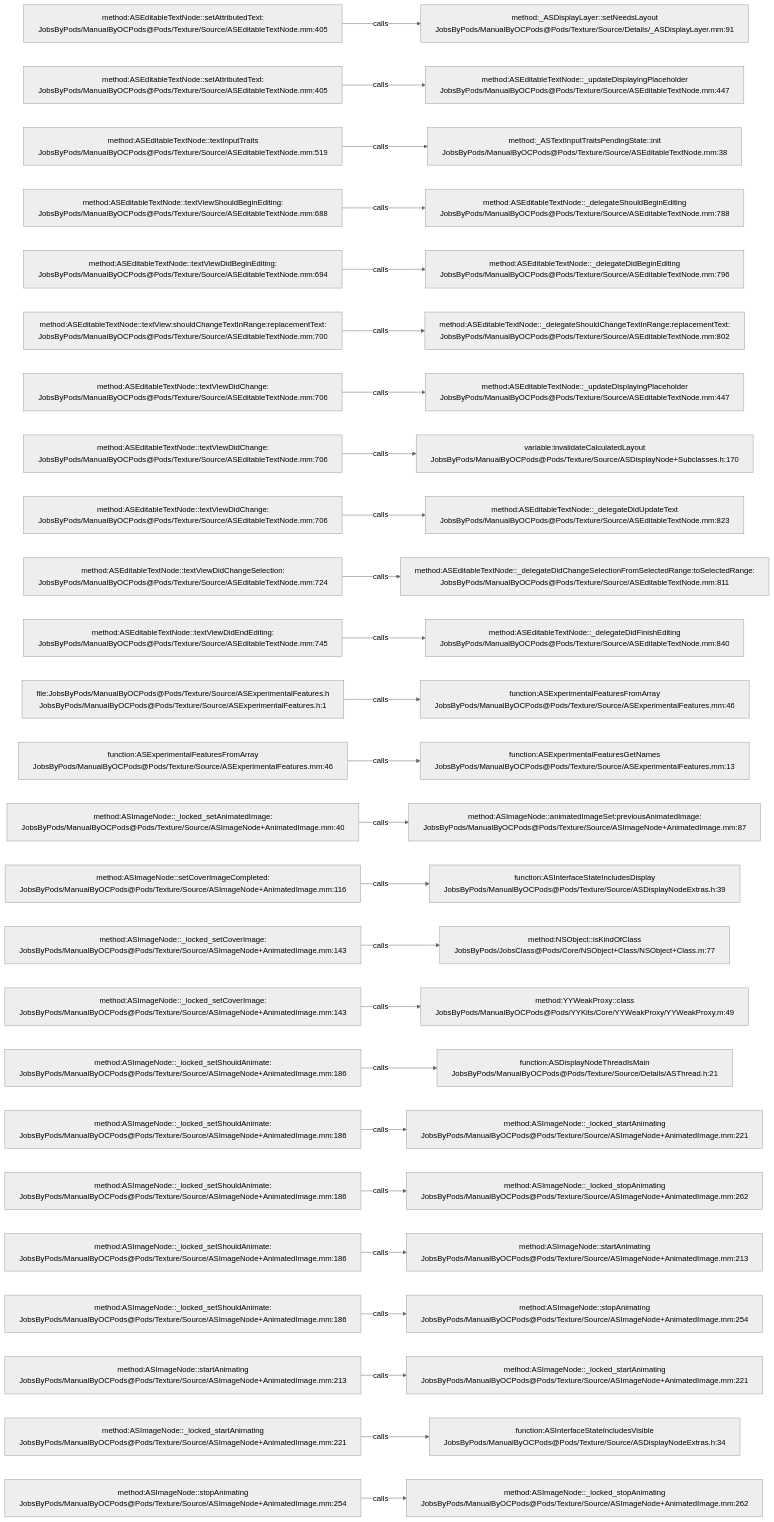
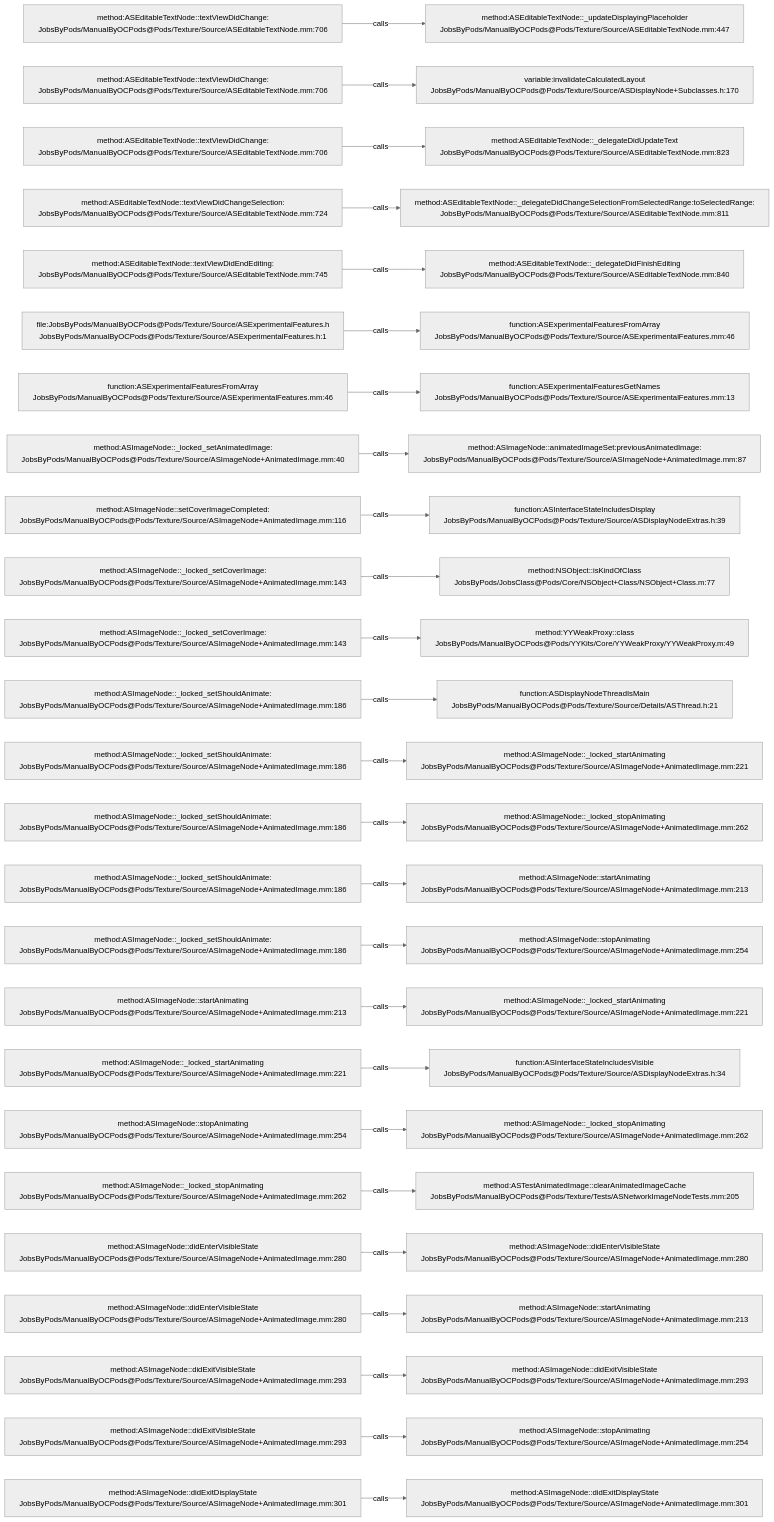
The diagram in .codegraph/codegraph.md/graphs/calls-100.md (JobsKits/JobsOCBaseConfigDemo), drawn with Mermaid (neutral theme) before and after one commit. The commit also changed 666 other files, not shown here.

````diff
--- a/.codegraph/codegraph.md/graphs/calls-100.md
+++ b/.codegraph/codegraph.md/graphs/calls-100.md
@@ -13,78 +13,78 @@
 ```mermaid
 flowchart LR
-  S1["method:ASEditableTextNode::setAttributedText:<br/>JobsByPods/ManualByOCPods@Pods/Texture/Source/ASEditableTextNode.mm:405"]
-  T1["method:_ASDisplayLayer::setNeedsLayout<br/>JobsByPods/ManualByOCPods@Pods/Texture/Source/Details/_ASDisplayLayer.mm:91"]
+  S1["method:ASEditableTextNode::textViewDidChange:<br/>JobsByPods/ManualByOCPods@Pods/Texture/Source/ASEditableTextNode.mm:706"]
+  T1["method:ASEditableTextNode::_updateDisplayingPlaceholder<br/>JobsByPods/ManualByOCPods@Pods/Texture/Source/ASEditableTextNode.mm:447"]
   S1 -->|calls| T1
-  S2["method:ASEditableTextNode::setAttributedText:<br/>JobsByPods/ManualByOCPods@Pods/Texture/Source/ASEditableTextNode.mm:405"]
-  T2["method:ASEditableTextNode::_updateDisplayingPlaceholder<br/>JobsByPods/ManualByOCPods@Pods/Texture/Source/ASEditableTextNode.mm:447"]
+  S2["method:ASEditableTextNode::textViewDidChange:<br/>JobsByPods/ManualByOCPods@Pods/Texture/Source/ASEditableTextNode.mm:706"]
+  T2["variable:invalidateCalculatedLayout<br/>JobsByPods/ManualByOCPods@Pods/Texture/Source/ASDisplayNode+Subclasses.h:170"]
   S2 -->|calls| T2
-  S3["method:ASEditableTextNode::textInputTraits<br/>JobsByPods/ManualByOCPods@Pods/Texture/Source/ASEditableTextNode.mm:519"]
-  T3["method:_ASTextInputTraitsPendingState::init<br/>JobsByPods/ManualByOCPods@Pods/Texture/Source/ASEditableTextNode.mm:38"]
+  S3["method:ASEditableTextNode::textViewDidChange:<br/>JobsByPods/ManualByOCPods@Pods/Texture/Source/ASEditableTextNode.mm:706"]
+  T3["method:ASEditableTextNode::_delegateDidUpdateText<br/>JobsByPods/ManualByOCPods@Pods/Texture/Source/ASEditableTextNode.mm:823"]
   S3 -->|calls| T3
-  S4["method:ASEditableTextNode::textViewShouldBeginEditing:<br/>JobsByPods/ManualByOCPods@Pods/Texture/Source/ASEditableTextNode.mm:688"]
-  T4["method:ASEditableTextNode::_delegateShouldBeginEditing<br/>JobsByPods/ManualByOCPods@Pods/Texture/Source/ASEditableTextNode.mm:788"]
+  S4["method:ASEditableTextNode::textViewDidChangeSelection:<br/>JobsByPods/ManualByOCPods@Pods/Texture/Source/ASEditableTextNode.mm:724"]
+  T4["method:ASEditableTextNode::_delegateDidChangeSelectionFromSelectedRange:toSelectedRange:<br/>JobsByPods/ManualByOCPods@Pods/Texture/Source/ASEditableTextNode.mm:811"]
   S4 -->|calls| T4
-  S5["method:ASEditableTextNode::textViewDidBeginEditing:<br/>JobsByPods/ManualByOCPods@Pods/Texture/Source/ASEditableTextNode.mm:694"]
-  T5["method:ASEditableTextNode::_delegateDidBeginEditing<br/>JobsByPods/ManualByOCPods@Pods/Texture/Source/ASEditableTextNode.mm:796"]
+  S5["method:ASEditableTextNode::textViewDidEndEditing:<br/>JobsByPods/ManualByOCPods@Pods/Texture/Source/ASEditableTextNode.mm:745"]
+  T5["method:ASEditableTextNode::_delegateDidFinishEditing<br/>JobsByPods/ManualByOCPods@Pods/Texture/Source/ASEditableTextNode.mm:840"]
   S5 -->|calls| T5
-  S6["method:ASEditableTextNode::textView:shouldChangeTextInRange:replacementText:<br/>JobsByPods/ManualByOCPods@Pods/Texture/Source/ASEditableTextNode.mm:700"]
-  T6["method:ASEditableTextNode::_delegateShouldChangeTextInRange:replacementText:<br/>JobsByPods/ManualByOCPods@Pods/Texture/Source/ASEditableTextNode.mm:802"]
+  S6["file:JobsByPods/ManualByOCPods@Pods/Texture/Source/ASExperimentalFeatures.h<br/>JobsByPods/ManualByOCPods@Pods/Texture/Source/ASExperimentalFeatures.h:1"]
+  T6["function:ASExperimentalFeaturesFromArray<br/>JobsByPods/ManualByOCPods@Pods/Texture/Source/ASExperimentalFeatures.mm:46"]
   S6 -->|calls| T6
-  S7["method:ASEditableTextNode::textViewDidChange:<br/>JobsByPods/ManualByOCPods@Pods/Texture/Source/ASEditableTextNode.mm:706"]
-  T7["method:ASEditableTextNode::_updateDisplayingPlaceholder<br/>JobsByPods/ManualByOCPods@Pods/Texture/Source/ASEditableTextNode.mm:447"]
+  S7["function:ASExperimentalFeaturesFromArray<br/>JobsByPods/ManualByOCPods@Pods/Texture/Source/ASExperimentalFeatures.mm:46"]
+  T7["function:ASExperimentalFeaturesGetNames<br/>JobsByPods/ManualByOCPods@Pods/Texture/Source/ASExperimentalFeatures.mm:13"]
   S7 -->|calls| T7
-  S8["method:ASEditableTextNode::textViewDidChange:<br/>JobsByPods/ManualByOCPods@Pods/Texture/Source/ASEditableTextNode.mm:706"]
-  T8["variable:invalidateCalculatedLayout<br/>JobsByPods/ManualByOCPods@Pods/Texture/Source/ASDisplayNode+Subclasses.h:170"]
+  S8["method:ASImageNode::_locked_setAnimatedImage:<br/>JobsByPods/ManualByOCPods@Pods/Texture/Source/ASImageNode+AnimatedImage.mm:40"]
+  T8["method:ASImageNode::animatedImageSet:previousAnimatedImage:<br/>JobsByPods/ManualByOCPods@Pods/Texture/Source/ASImageNode+AnimatedImage.mm:87"]
   S8 -->|calls| T8
-  S9["method:ASEditableTextNode::textViewDidChange:<br/>JobsByPods/ManualByOCPods@Pods/Texture/Source/ASEditableTextNode.mm:706"]
-  T9["method:ASEditableTextNode::_delegateDidUpdateText<br/>JobsByPods/ManualByOCPods@Pods/Texture/Source/ASEditableTextNode.mm:823"]
+  S9["method:ASImageNode::setCoverImageCompleted:<br/>JobsByPods/ManualByOCPods@Pods/Texture/Source/ASImageNode+AnimatedImage.mm:116"]
+  T9["function:ASInterfaceStateIncludesDisplay<br/>JobsByPods/ManualByOCPods@Pods/Texture/Source/ASDisplayNodeExtras.h:39"]
   S9 -->|calls| T9
-  S10["method:ASEditableTextNode::textViewDidChangeSelection:<br/>JobsByPods/ManualByOCPods@Pods/Texture/Source/ASEditableTextNode.mm:724"]
-  T10["method:ASEditableTextNode::_delegateDidChangeSelectionFromSelectedRange:toSelectedRange:<br/>JobsByPods/ManualByOCPods@Pods/Texture/Source/ASEditableTextNode.mm:811"]
+  S10["method:ASImageNode::_locked_setCoverImage:<br/>JobsByPods/ManualByOCPods@Pods/Texture/Source/ASImageNode+AnimatedImage.mm:143"]
+  T10["method:NSObject::isKindOfClass<br/>JobsByPods/JobsClass@Pods/Core/NSObject+Class/NSObject+Class.m:77"]
   S10 -->|calls| T10
-  S11["method:ASEditableTextNode::textViewDidEndEditing:<br/>JobsByPods/ManualByOCPods@Pods/Texture/Source/ASEditableTextNode.mm:745"]
-  T11["method:ASEditableTextNode::_delegateDidFinishEditing<br/>JobsByPods/ManualByOCPods@Pods/Texture/Source/ASEditableTextNode.mm:840"]
+  S11["method:ASImageNode::_locked_setCoverImage:<br/>JobsByPods/ManualByOCPods@Pods/Texture/Source/ASImageNode+AnimatedImage.mm:143"]
+  T11["method:YYWeakProxy::class<br/>JobsByPods/ManualByOCPods@Pods/YYKits/Core/YYWeakProxy/YYWeakProxy.m:49"]
   S11 -->|calls| T11
-  S12["file:JobsByPods/ManualByOCPods@Pods/Texture/Source/ASExperimentalFeatures.h<br/>JobsByPods/ManualByOCPods@Pods/Texture/Source/ASExperimentalFeatures.h:1"]
-  T12["function:ASExperimentalFeaturesFromArray<br/>JobsByPods/ManualByOCPods@Pods/Texture/Source/ASExperimentalFeatures.mm:46"]
+  S12["method:ASImageNode::_locked_setShouldAnimate:<br/>JobsByPods/ManualByOCPods@Pods/Texture/Source/ASImageNode+AnimatedImage.mm:186"]
+  T12["function:ASDisplayNodeThreadIsMain<br/>JobsByPods/ManualByOCPods@Pods/Texture/Source/Details/ASThread.h:21"]
   S12 -->|calls| T12
-  S13["function:ASExperimentalFeaturesFromArray<br/>JobsByPods/ManualByOCPods@Pods/Texture/Source/ASExperimentalFeatures.mm:46"]
-  T13["function:ASExperimentalFeaturesGetNames<br/>JobsByPods/ManualByOCPods@Pods/Texture/Source/ASExperimentalFeatures.mm:13"]
+  S13["method:ASImageNode::_locked_setShouldAnimate:<br/>JobsByPods/ManualByOCPods@Pods/Texture/Source/ASImageNode+AnimatedImage.mm:186"]
+  T13["method:ASImageNode::_locked_startAnimating<br/>JobsByPods/ManualByOCPods@Pods/Texture/Source/ASImageNode+AnimatedImage.mm:221"]
   S13 -->|calls| T13
-  S14["method:ASImageNode::_locked_setAnimatedImage:<br/>JobsByPods/ManualByOCPods@Pods/Texture/Source/ASImageNode+AnimatedImage.mm:40"]
-  T14["method:ASImageNode::animatedImageSet:previousAnimatedImage:<br/>JobsByPods/ManualByOCPods@Pods/Texture/Source/ASImageNode+AnimatedImage.mm:87"]
+  S14["method:ASImageNode::_locked_setShouldAnimate:<br/>JobsByPods/ManualByOCPods@Pods/Texture/Source/ASImageNode+AnimatedImage.mm:186"]
+  T14["method:ASImageNode::_locked_stopAnimating<br/>JobsByPods/ManualByOCPods@Pods/Texture/Source/ASImageNode+AnimatedImage.mm:262"]
   S14 -->|calls| T14
-  S15["method:ASImageNode::setCoverImageCompleted:<br/>JobsByPods/ManualByOCPods@Pods/Texture/Source/ASImageNode+AnimatedImage.mm:116"]
-  T15["function:ASInterfaceStateIncludesDisplay<br/>JobsByPods/ManualByOCPods@Pods/Texture/Source/ASDisplayNodeExtras.h:39"]
+  S15["method:ASImageNode::_locked_setShouldAnimate:<br/>JobsByPods/ManualByOCPods@Pods/Texture/Source/ASImageNode+AnimatedImage.mm:186"]
+  T15["method:ASImageNode::startAnimating<br/>JobsByPods/ManualByOCPods@Pods/Texture/Source/ASImageNode+AnimatedImage.mm:213"]
   S15 -->|calls| T15
-  S16["method:ASImageNode::_locked_setCoverImage:<br/>JobsByPods/ManualByOCPods@Pods/Texture/Source/ASImageNode+AnimatedImage.mm:143"]
-  T16["method:NSObject::isKindOfClass<br/>JobsByPods/JobsClass@Pods/Core/NSObject+Class/NSObject+Class.m:77"]
+  S16["method:ASImageNode::_locked_setShouldAnimate:<br/>JobsByPods/ManualByOCPods@Pods/Texture/Source/ASImageNode+AnimatedImage.mm:186"]
+  T16["method:ASImageNode::stopAnimating<br/>JobsByPods/ManualByOCPods@Pods/Texture/Source/ASImageNode+AnimatedImage.mm:254"]
   S16 -->|calls| T16
-  S17["method:ASImageNode::_locked_setCoverImage:<br/>JobsByPods/ManualByOCPods@Pods/Texture/Source/ASImageNode+AnimatedImage.mm:143"]
-  T17["method:YYWeakProxy::class<br/>JobsByPods/ManualByOCPods@Pods/YYKits/Core/YYWeakProxy/YYWeakProxy.m:49"]
+  S17["method:ASImageNode::startAnimating<br/>JobsByPods/ManualByOCPods@Pods/Texture/Source/ASImageNode+AnimatedImage.mm:213"]
+  T17["method:ASImageNode::_locked_startAnimating<br/>JobsByPods/ManualByOCPods@Pods/Texture/Source/ASImageNode+AnimatedImage.mm:221"]
   S17 -->|calls| T17
-  S18["method:ASImageNode::_locked_setShouldAnimate:<br/>JobsByPods/ManualByOCPods@Pods/Texture/Source/ASImageNode+AnimatedImage.mm:186"]
-  T18["function:ASDisplayNodeThreadIsMain<br/>JobsByPods/ManualByOCPods@Pods/Texture/Source/Details/ASThread.h:21"]
+  S18["method:ASImageNode::_locked_startAnimating<br/>JobsByPods/ManualByOCPods@Pods/Texture/Source/ASImageNode+AnimatedImage.mm:221"]
+  T18["function:ASInterfaceStateIncludesVisible<br/>JobsByPods/ManualByOCPods@Pods/Texture/Source/ASDisplayNodeExtras.h:34"]
   S18 -->|calls| T18
-  S19["method:ASImageNode::_locked_setShouldAnimate:<br/>JobsByPods/ManualByOCPods@Pods/Texture/Source/ASImageNode+AnimatedImage.mm:186"]
-  T19["method:ASImageNode::_locked_startAnimating<br/>JobsByPods/ManualByOCPods@Pods/Texture/Source/ASImageNode+AnimatedImage.mm:221"]
+  S19["method:ASImageNode::stopAnimating<br/>JobsByPods/ManualByOCPods@Pods/Texture/Source/ASImageNode+AnimatedImage.mm:254"]
+  T19["method:ASImageNode::_locked_stopAnimating<br/>JobsByPods/ManualByOCPods@Pods/Texture/Source/ASImageNode+AnimatedImage.mm:262"]
   S19 -->|calls| T19
-  S20["method:ASImageNode::_locked_setShouldAnimate:<br/>JobsByPods/ManualByOCPods@Pods/Texture/Source/ASImageNode+AnimatedImage.mm:186"]
-  T20["method:ASImageNode::_locked_stopAnimating<br/>JobsByPods/ManualByOCPods@Pods/Texture/Source/ASImageNode+AnimatedImage.mm:262"]
+  S20["method:ASImageNode::_locked_stopAnimating<br/>JobsByPods/ManualByOCPods@Pods/Texture/Source/ASImageNode+AnimatedImage.mm:262"]
+  T20["method:ASTestAnimatedImage::clearAnimatedImageCache<br/>JobsByPods/ManualByOCPods@Pods/Texture/Tests/ASNetworkImageNodeTests.mm:205"]
   S20 -->|calls| T20
-  S21["method:ASImageNode::_locked_setShouldAnimate:<br/>JobsByPods/ManualByOCPods@Pods/Texture/Source/ASImageNode+AnimatedImage.mm:186"]
-  T21["method:ASImageNode::startAnimating<br/>JobsByPods/ManualByOCPods@Pods/Texture/Source/ASImageNode+AnimatedImage.mm:213"]
+  S21["method:ASImageNode::didEnterVisibleState<br/>JobsByPods/ManualByOCPods@Pods/Texture/Source/ASImageNode+AnimatedImage.mm:280"]
+  T21["method:ASImageNode::didEnterVisibleState<br/>JobsByPods/ManualByOCPods@Pods/Texture/Source/ASImageNode+AnimatedImage.mm:280"]
   S21 -->|calls| T21
-  S22["method:ASImageNode::_locked_setShouldAnimate:<br/>JobsByPods/ManualByOCPods@Pods/Texture/Source/ASImageNode+AnimatedImage.mm:186"]
-  T22["method:ASImageNode::stopAnimating<br/>JobsByPods/ManualByOCPods@Pods/Texture/Source/ASImageNode+AnimatedImage.mm:254"]
+  S22["method:ASImageNode::didEnterVisibleState<br/>JobsByPods/ManualByOCPods@Pods/Texture/Source/ASImageNode+AnimatedImage.mm:280"]
+  T22["method:ASImageNode::startAnimating<br/>JobsByPods/ManualByOCPods@Pods/Texture/Source/ASImageNode+AnimatedImage.mm:213"]
   S22 -->|calls| T22
-  S23["method:ASImageNode::startAnimating<br/>JobsByPods/ManualByOCPods@Pods/Texture/Source/ASImageNode+AnimatedImage.mm:213"]
-  T23["method:ASImageNode::_locked_startAnimating<br/>JobsByPods/ManualByOCPods@Pods/Texture/Source/ASImageNode+AnimatedImage.mm:221"]
+  S23["method:ASImageNode::didExitVisibleState<br/>JobsByPods/ManualByOCPods@Pods/Texture/Source/ASImageNode+AnimatedImage.mm:293"]
+  T23["method:ASImageNode::didExitVisibleState<br/>JobsByPods/ManualByOCPods@Pods/Texture/Source/ASImageNode+AnimatedImage.mm:293"]
   S23 -->|calls| T23
-  S24["method:ASImageNode::_locked_startAnimating<br/>JobsByPods/ManualByOCPods@Pods/Texture/Source/ASImageNode+AnimatedImage.mm:221"]
-  T24["function:ASInterfaceStateIncludesVisible<br/>JobsByPods/ManualByOCPods@Pods/Texture/Source/ASDisplayNodeExtras.h:34"]
+  S24["method:ASImageNode::didExitVisibleState<br/>JobsByPods/ManualByOCPods@Pods/Texture/Source/ASImageNode+AnimatedImage.mm:293"]
+  T24["method:ASImageNode::stopAnimating<br/>JobsByPods/ManualByOCPods@Pods/Texture/Source/ASImageNode+AnimatedImage.mm:254"]
   S24 -->|calls| T24
-  S25["method:ASImageNode::stopAnimating<br/>JobsByPods/ManualByOCPods@Pods/Texture/Source/ASImageNode+AnimatedImage.mm:254"]
-  T25["method:ASImageNode::_locked_stopAnimating<br/>JobsByPods/ManualByOCPods@Pods/Texture/Source/ASImageNode+AnimatedImage.mm:262"]
+  S25["method:ASImageNode::didExitDisplayState<br/>JobsByPods/ManualByOCPods@Pods/Texture/Source/ASImageNode+AnimatedImage.mm:301"]
+  T25["method:ASImageNode::didExitDisplayState<br/>JobsByPods/ManualByOCPods@Pods/Texture/Source/ASImageNode+AnimatedImage.mm:301"]
   S25 -->|calls| T25
 ```
````
